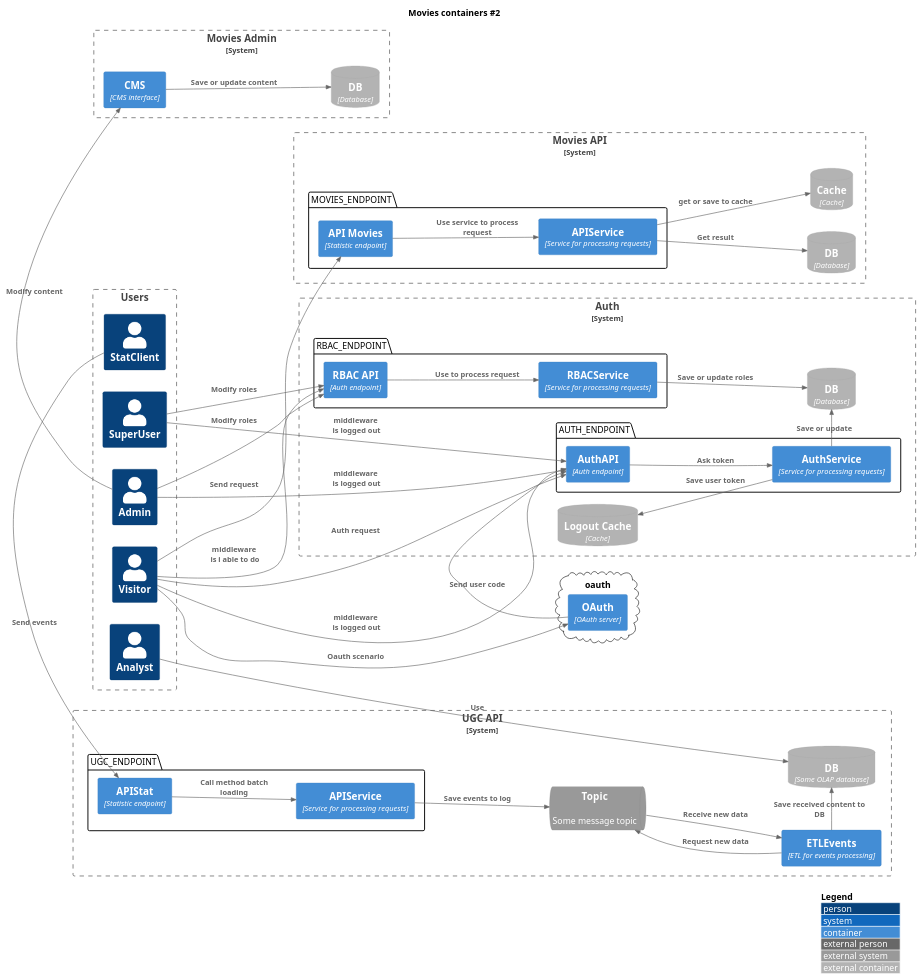
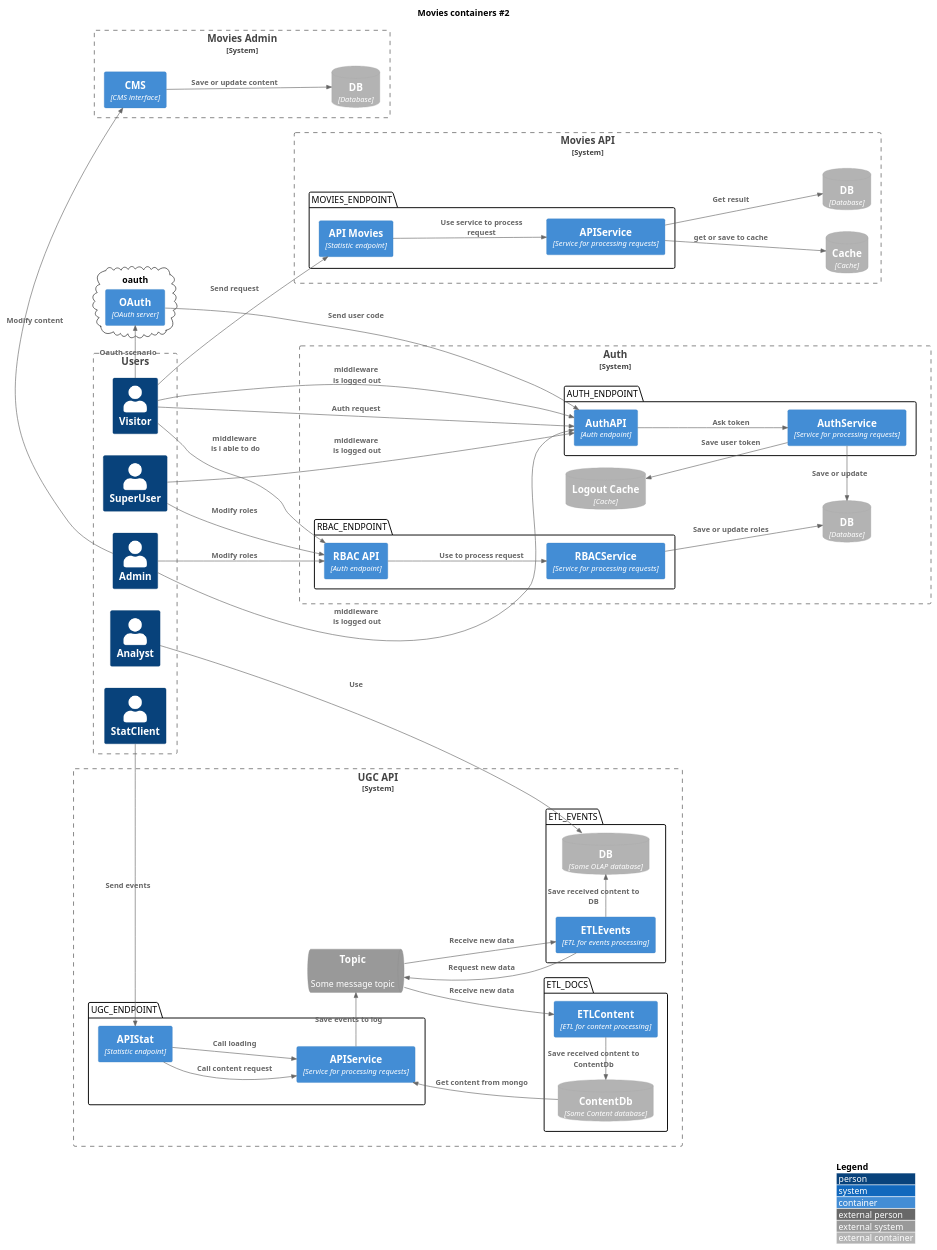
Before and after one commit to artwist-polyakov/Auth_sprint_1: the diagram in docs/c2_sch.puml, drawn with PlantUML.

Commit message:
обновляет схему

```diff
--- a/docs/c2_sch.puml
+++ b/docs/c2_sch.puml
@@ -1,90 +1,100 @@
 @startuml
 
 !include https://raw.githubusercontent.com/plantuml-stdlib/C4-PlantUML/master/C4_Container.puml
 skinparam componentStyle uml2
 LAYOUT_WITH_LEGEND()
 LAYOUT_LANDSCAPE()
 skinparam componentStyle uml2
 
  title
 <b>Movies containers #2</b>
 end title
 Boundary(users, "Users") {
     Person(analyst, "Analyst")
     Person(client, "StatClient")
     Person(visitor, "Visitor")
     Person(admin, "Admin")
     Person(superuser, "SuperUser")
 }
 
 System_Boundary(Content, "Movies Admin") {
     Container(CMS, "CMS", "CMS interface")
     ContainerDb_Ext(AdminDB, "DB", "Database")
 
 }
 
 System_Boundary(Movies, "Movies API") {
 Package (MOVIES_ENDPOINT) {
     Container(MoviesAPI, "API Movies", "Statistic endpoint")
     Container(MoviesService, "APIService", "Service for processing requests")
 }
     ContainerDb_Ext(MoviesDB, "DB", "Database")
     ContainerDb_Ext(MoviesCache, "Cache", "Cache")
 }
 
 System_Boundary(Auth, "Auth") {
 Package (RBAC_ENDPOINT) {
     Container(RBACAPI, "RBAC API", "Auth endpoint")
     Container(RBACService, "RBACService", "Service for processing requests")
 
 }
 Package (AUTH_ENDPOINT) {
     Container(AuthAPI, "AuthAPI", "Auth endpoint")
     Container(AuthService, "AuthService", "Service for processing requests")
 }
     ContainerDb_Ext(LogoutCache, "Logout Cache", "Cache")
     ContainerDb_Ext(AuthDB, "DB", "Database")
 }
 
 cloud oauth {
     Container(OAuth, "OAuth", "OAuth server")
 }
 
 System_Boundary(UGCApi, "UGC API") {
 Package (UGC_ENDPOINT) {
     Container(API, "APIStat", "Statistic endpoint")
     Container(Service, "APIService", "Service for processing requests")
 }
     SystemQueue_Ext(Topic, "Topic", "Some message topic")
+Package (ETL_EVENTS) {
     Container(ETLScript, "ETLEvents", "ETL for events processing")
     ContainerDb_Ext(DB, "DB", "Some OLAP database")
 }
+Package (ETL_DOCS) {
+    Container(ETLDocs, "ETLContent", "ETL for content processing")
+    ContainerDb_Ext(Mongo, "ContentDb", "Some Content database")
+}
+}
 
 Rel_D(client, API, "Send events")
-Rel(API, Service, "Call method batch loading")
-Rel(Service, Topic, "Save events to log")
-Rel_U(ETLScript, Topic, "Request new data")
+Rel(API, Service, "Call loading")
+Rel(API, Service, "Call content request")
+Rel_U(Service, Topic, "Save events to log")
+Rel_L(Mongo, Service, "Get content from mongo")
+Rel(ETLScript, Topic, "Request new data")
 Rel(Topic, ETLScript, "Receive new data")
-Rel_U(ETLScript, DB, "Save received content to DB")
+Rel(Topic, ETLDocs, "Receive new data")
+Rel_D(ETLScript, DB, "Save received content to DB")
+Rel_U(ETLDocs, Mongo, "Save received content to ContentDb")
 Rel_R(analyst, DB, "Use")
 Rel_R(visitor, MoviesAPI, "Send request")
 Rel_R(MoviesAPI, MoviesService, "Use service to process request")
 Rel_R(MoviesService, MoviesCache, "get or save to cache")
 Rel_R(MoviesService, MoviesDB, "Get result")
 Rel_U(visitor, OAuth, "Oauth scenario")
 Rel_U(visitor, AuthAPI, "Auth request")
 Rel_U(OAuth, AuthAPI, "Send user code")
 Rel_R(visitor, RBACAPI, "middleware \n is i able to do")
 Rel_R(AuthAPI, AuthService, "Ask token")
 Rel_U(AuthService, AuthDB, "Save or update")
 Rel_R(visitor, AuthAPI, "middleware \n is logged out")
 Rel_R(admin, AuthAPI, "middleware \n is logged out")
 Rel_R(superuser, AuthAPI, "middleware \n is logged out")
 Rel_L(AuthService, LogoutCache, "Save user token")
 Rel_R(admin, RBACAPI, "Modify roles")
 Rel_R(superuser, RBACAPI, "Modify roles")
 Rel_R(RBACService, AuthDB, "Save or update roles")
 Rel_R(RBACAPI, RBACService, "Use to process request")
 Rel_U(admin, CMS, "Modify content")
 Rel_R(CMS, AdminDB, "Save or update content")
 @enduml
```
